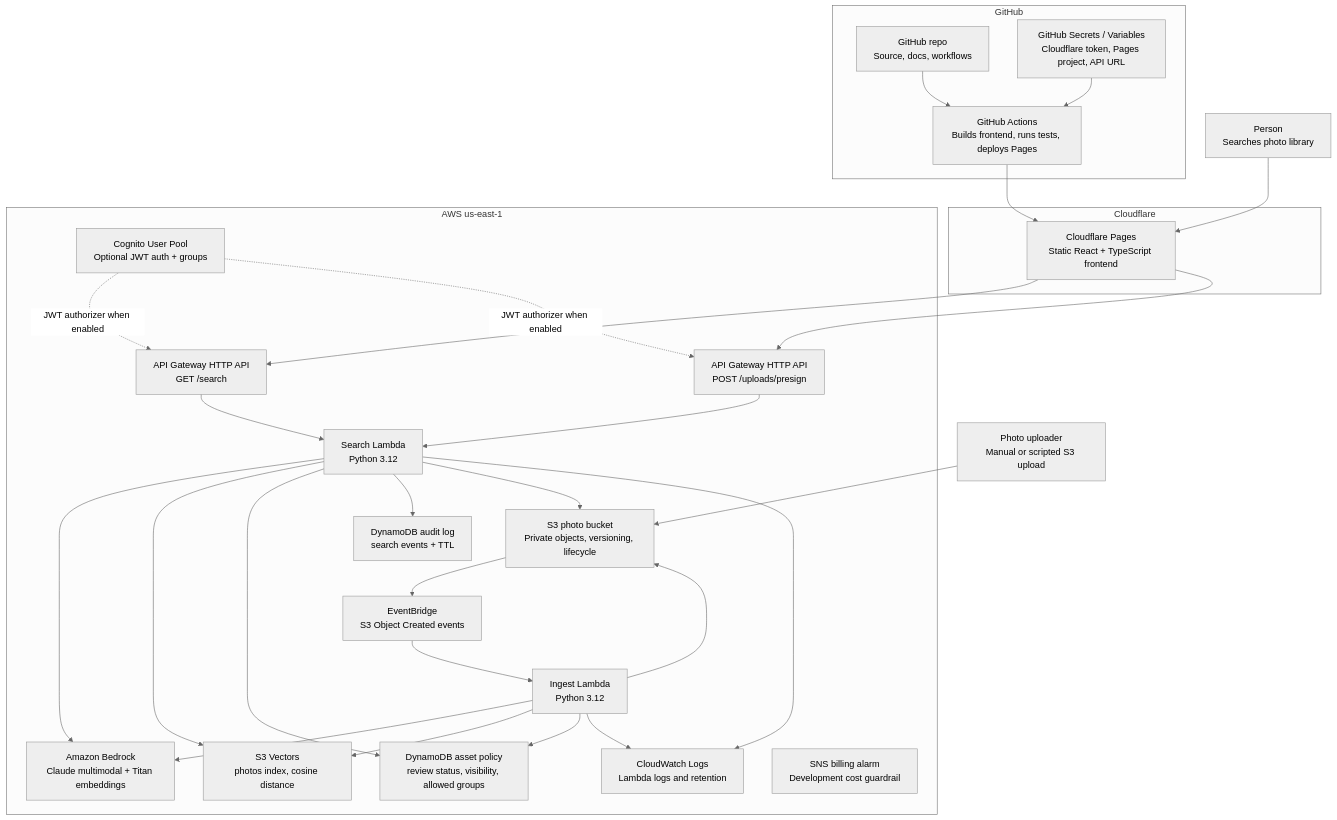
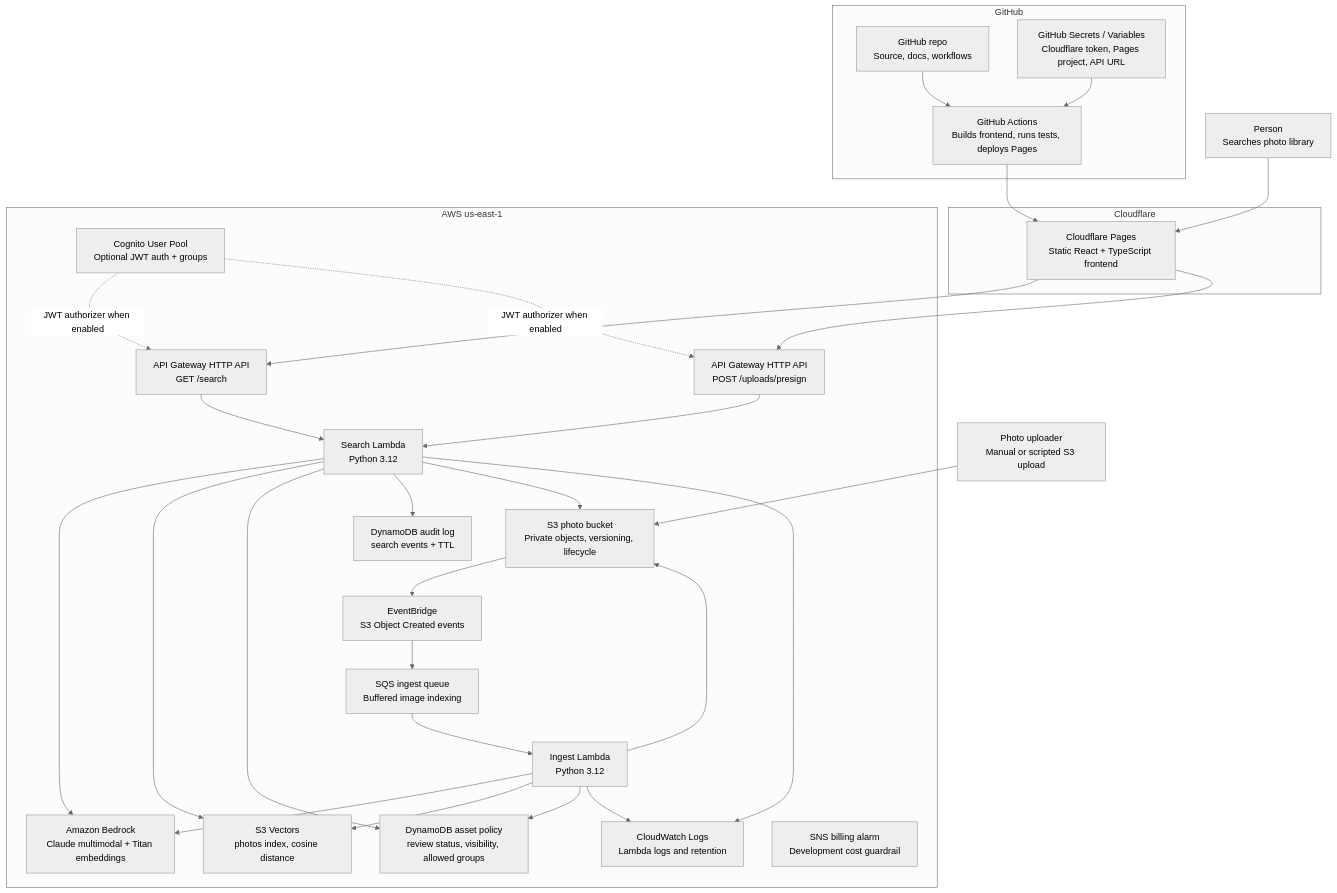
One commit to manynames3/photoscribe-ai changed the diagram in docs/architecture.md. Above: the diagram before and after it, drawn with Mermaid (neutral theme). The commit also changed other lines of this file and 15 other files, not shown here.

````diff
--- a/docs/architecture.md
+++ b/docs/architecture.md
@@ -7,58 +7,60 @@
 ```mermaid
 flowchart TB
     person["Person<br/>Searches photo library"]
     uploader["Photo uploader<br/>Manual or scripted S3 upload"]
 
     subgraph cloudflare["Cloudflare"]
         pages["Cloudflare Pages<br/>Static React + TypeScript frontend"]
     end
 
     subgraph github["GitHub"]
         repo["GitHub repo<br/>Source, docs, workflows"]
         actions["GitHub Actions<br/>Builds frontend, runs tests, deploys Pages"]
         secrets["GitHub Secrets / Variables<br/>Cloudflare token, Pages project, API URL"]
     end
 
     subgraph aws["AWS us-east-1"]
         cognito["Cognito User Pool<br/>Optional JWT auth + groups"]
         api["API Gateway HTTP API<br/>GET /search"]
         upload_api["API Gateway HTTP API<br/>POST /uploads/presign"]
         search["Search Lambda<br/>Python 3.12"]
         ingest["Ingest Lambda<br/>Python 3.12"]
         photos["S3 photo bucket<br/>Private objects, versioning, lifecycle"]
         events["EventBridge<br/>S3 Object Created events"]
+        ingest_queue["SQS ingest queue<br/>Buffered image indexing"]
         vectors["S3 Vectors<br/>photos index, cosine distance"]
         policy["DynamoDB asset policy<br/>review status, visibility, allowed groups"]
         audit["DynamoDB audit log<br/>search events + TTL"]
         bedrock["Amazon Bedrock<br/>Claude multimodal + Titan embeddings"]
         logs["CloudWatch Logs<br/>Lambda logs and retention"]
         alarm["SNS billing alarm<br/>Development cost guardrail"]
     end
 
     person --> pages
     pages --> api
     pages --> upload_api
     cognito -. "JWT authorizer when enabled" .-> api
     cognito -. "JWT authorizer when enabled" .-> upload_api
     api --> search
     upload_api --> search
     search --> bedrock
     search --> vectors
     search --> policy
     search --> audit
     search --> photos
     search --> logs
 
     uploader --> photos
     photos --> events
-    events --> ingest
+    events --> ingest_queue
+    ingest_queue --> ingest
     ingest --> photos
     ingest --> bedrock
     ingest --> vectors
     ingest --> policy
     ingest --> logs
 
     repo --> actions
     secrets --> actions
     actions --> pages
 ```
````
